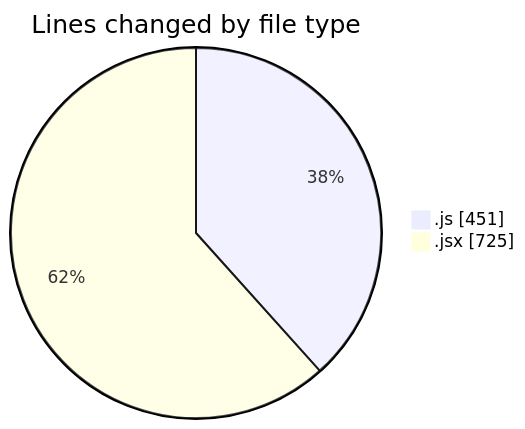
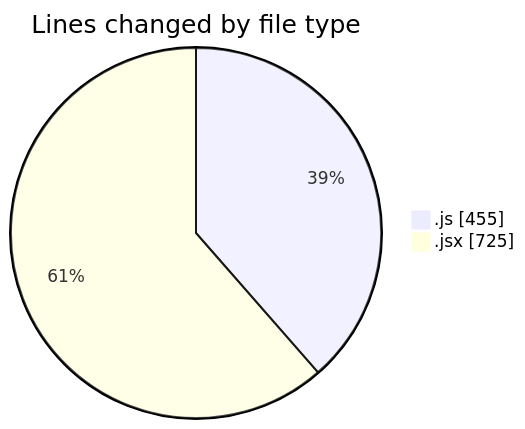
The first of 2 diagrams in 2025-05-29/nxtqube_webapp/README.md (nxtqubesakshisongat/code-tracking), drawn with Mermaid before and after one commit. The commit also changed other lines of this file and 1 other file, not shown here.

````diff
--- a/2025-05-29/nxtqube_webapp/README.md
+++ b/2025-05-29/nxtqube_webapp/README.md
@@ -29,6 +29,6 @@
 ```mermaid
 pie showData
 title Lines changed by file type
-".js" : 451
+".js" : 455
 ".jsx" : 725
 ```
````
